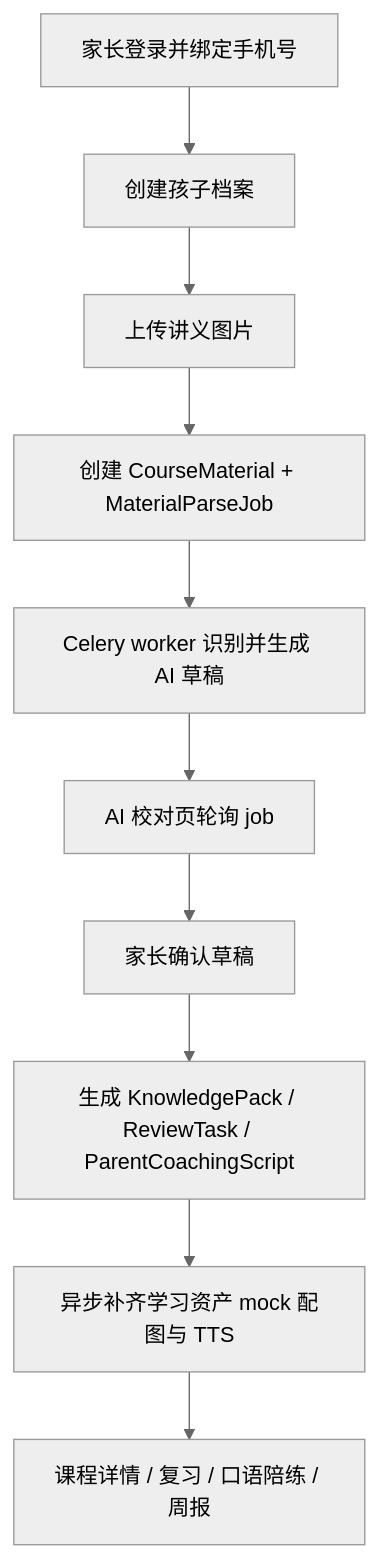
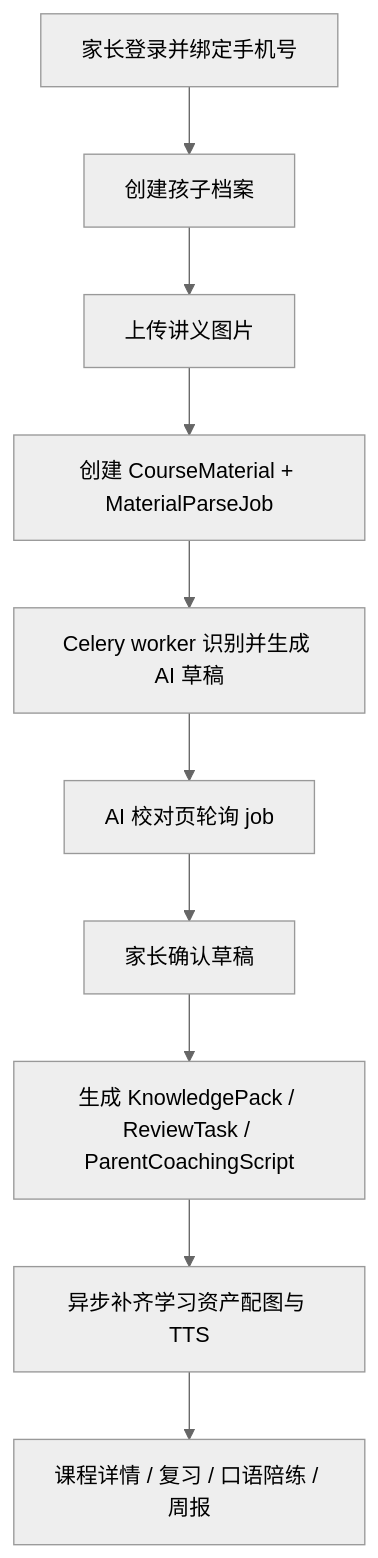
The second of 2 diagrams in docs/architecture/overview.md (anbulang/LearningEnglish), drawn with Mermaid (neutral theme) before and after one commit. The commit also changed other lines of this file and 4 other files, not shown here.

````diff
--- a/docs/architecture/overview.md
+++ b/docs/architecture/overview.md
@@ -23,12 +23,12 @@
 ```mermaid
 flowchart TD
     A["家长登录并绑定手机号"] --> B["创建孩子档案"]
     B --> C["上传讲义图片"]
     C --> D["创建 CourseMaterial + MaterialParseJob"]
     D --> E["Celery worker 识别并生成 AI 草稿"]
     E --> F["AI 校对页轮询 job"]
     F --> G["家长确认草稿"]
     G --> H["生成 KnowledgePack / ReviewTask / ParentCoachingScript"]
-    H --> I["异步补齐学习资产 mock 配图与 TTS"]
+    H --> I["异步补齐学习资产配图与 TTS"]
     I --> J["课程详情 / 复习 / 口语陪练 / 周报"]
 ```
````
